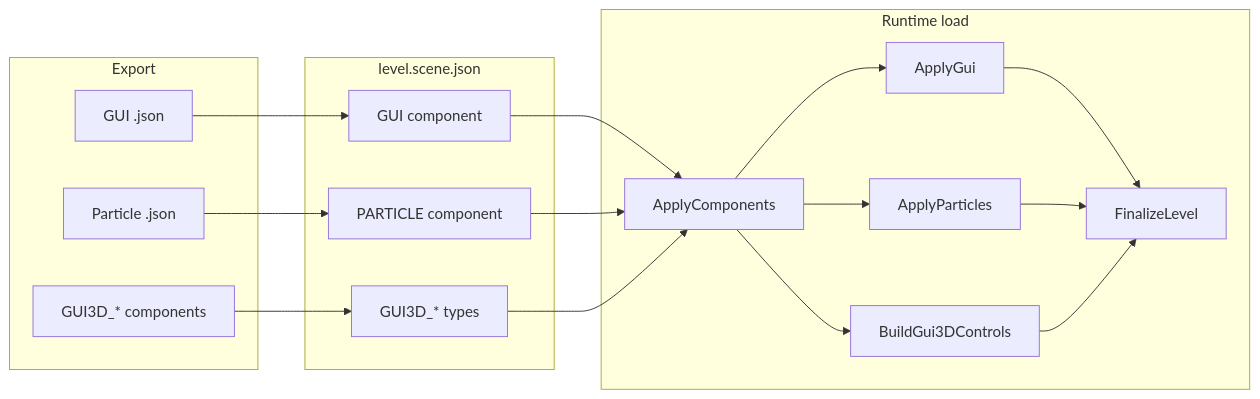
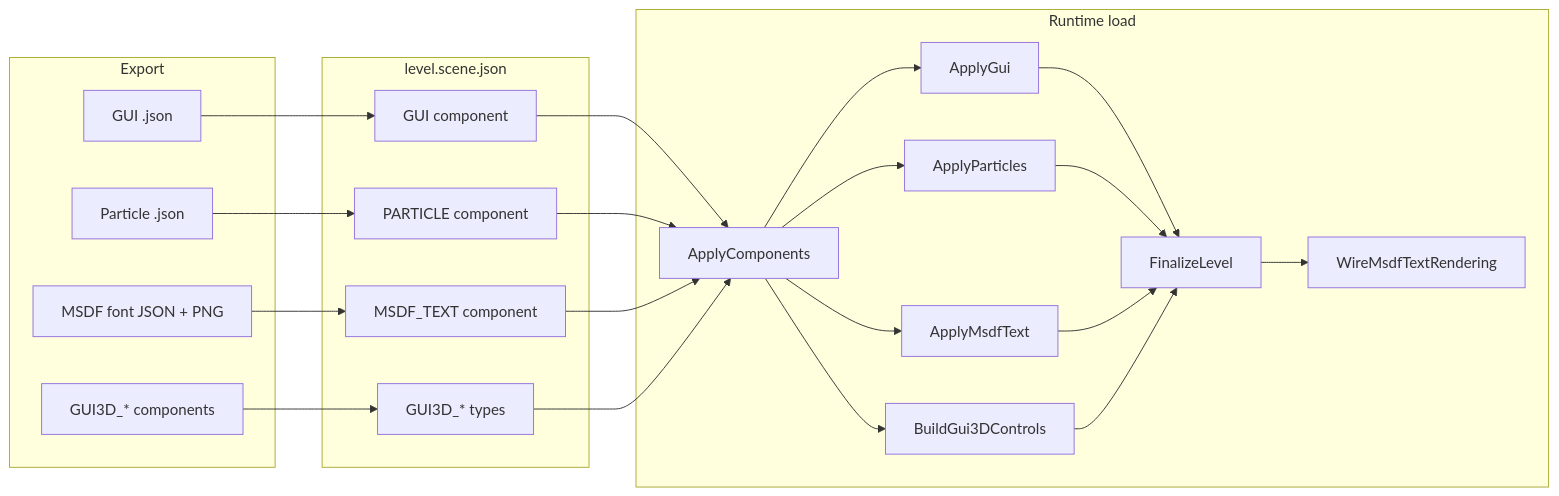
The first of 3 diagrams in docs/engine/10-UI.md (Elevons/Blender2BabylonKit), drawn with Mermaid before and after one commit. The commit also changed other lines of this file and 96 other files, not shown here.

````diff
--- a/docs/engine/10-UI.md
+++ b/docs/engine/10-UI.md
@@ -20,26 +21,32 @@
 ```mermaid
 flowchart LR
   subgraph export [Export]
     GUI_JSON[GUI .json]
     PART_JSON[Particle .json]
+    MSDF_FONT[MSDF font JSON + PNG]
     GUI3D[GUI3D_* components]
   end
   subgraph manifest [level.scene.json]
     M_GUI[GUI component]
     M_PART[PARTICLE component]
+    M_MSDF[MSDF_TEXT component]
     M_3D[GUI3D_* types]
   end
   subgraph load [Runtime load]
     Apply[ApplyComponents]
     Final[FinalizeLevel]
     GUI2D[ApplyGui]
     PART[ApplyParticles]
+    MSDF[ApplyMsdfText]
+    WIRE[WireMsdfTextRendering]
     BUILD[BuildGui3DControls]
   end
   GUI_JSON --> M_GUI
   PART_JSON --> M_PART
+  MSDF_FONT --> M_MSDF
   GUI3D --> M_3D
   M_GUI --> Apply --> GUI2D --> Final
   M_PART --> Apply --> PART --> Final
+  M_MSDF --> Apply --> MSDF --> Final --> WIRE
   M_3D --> Apply --> BUILD --> Final
 ```
````
